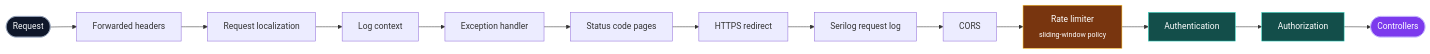
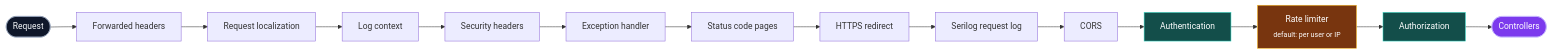
One commit to fat7i-alghareeb/BackEnd_templete changed the third of 13 diagrams in docs/SHOWCASE.md. Above: the diagram before and after it, drawn with Mermaid. The commit also changed other lines of this file and 49 other files, not shown here.

````diff
--- a/docs/SHOWCASE.md
+++ b/docs/SHOWCASE.md
@@ -234,13 +234,13 @@
 ```mermaid
 flowchart LR
     A(["Request"]) --> B["Forwarded headers"] --> C["Request localization"] --> D["Log context"]
-    D --> E["Exception handler"] --> F["Status code pages"] --> G["HTTPS redirect"]
-    G --> H["Serilog request log"] --> I["CORS"] --> J["Rate limiter<br/><sub>sliding-window policy</sub>"]
-    J --> K["Authentication"] --> L["Authorization"] --> M(["Controllers"])
+    D --> S["Security headers"] --> E["Exception handler"] --> F["Status code pages"] --> G["HTTPS redirect"]
+    G --> H["Serilog request log"] --> I["CORS"] --> K["Authentication"]
+    K --> J["Rate limiter<br/><sub>default: per user or IP</sub>"] --> L["Authorization"] --> M(["Controllers"])
 
     style A fill:#0F172A,stroke:#94A3B8,color:#F8FAFC
     style M fill:#7C3AED,stroke:#C4B5FD,color:#fff
     style J fill:#78350F,stroke:#FBBF24,color:#fff
     style K fill:#134E4A,stroke:#2DD4BF,color:#fff
     style L fill:#134E4A,stroke:#2DD4BF,color:#fff
 ```
````
